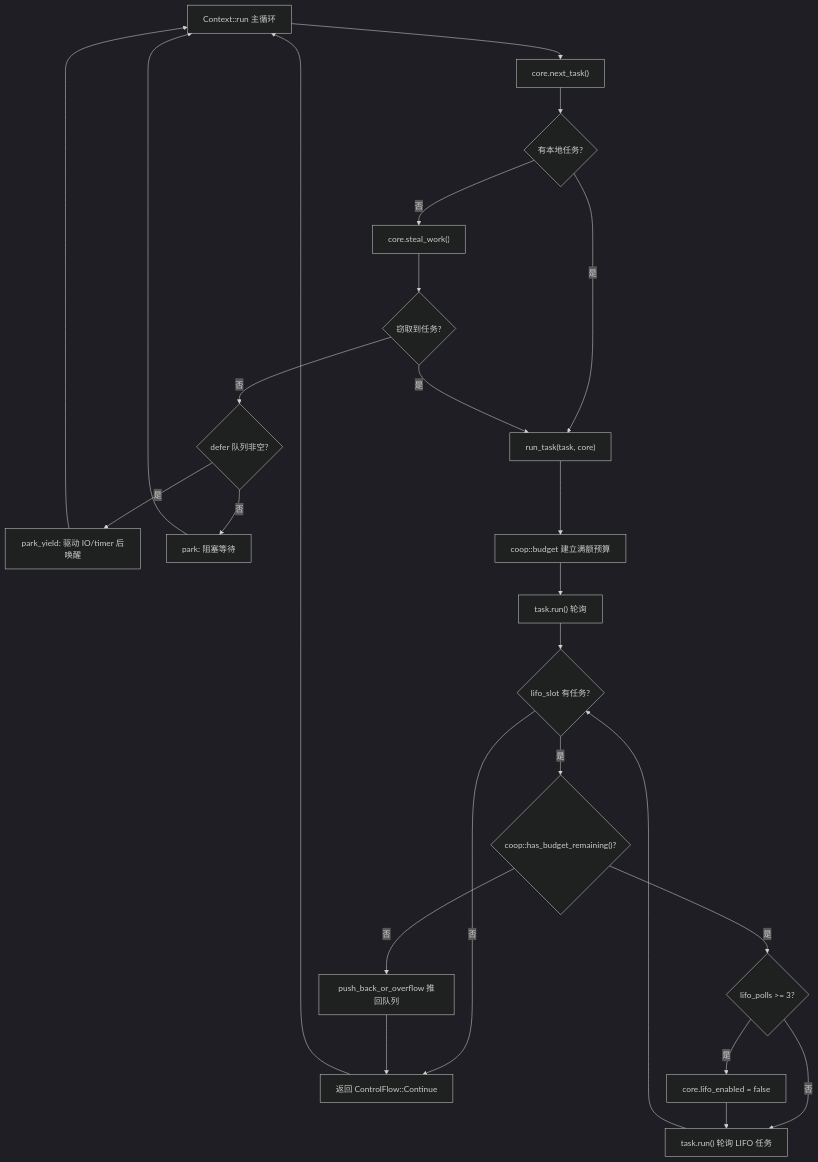
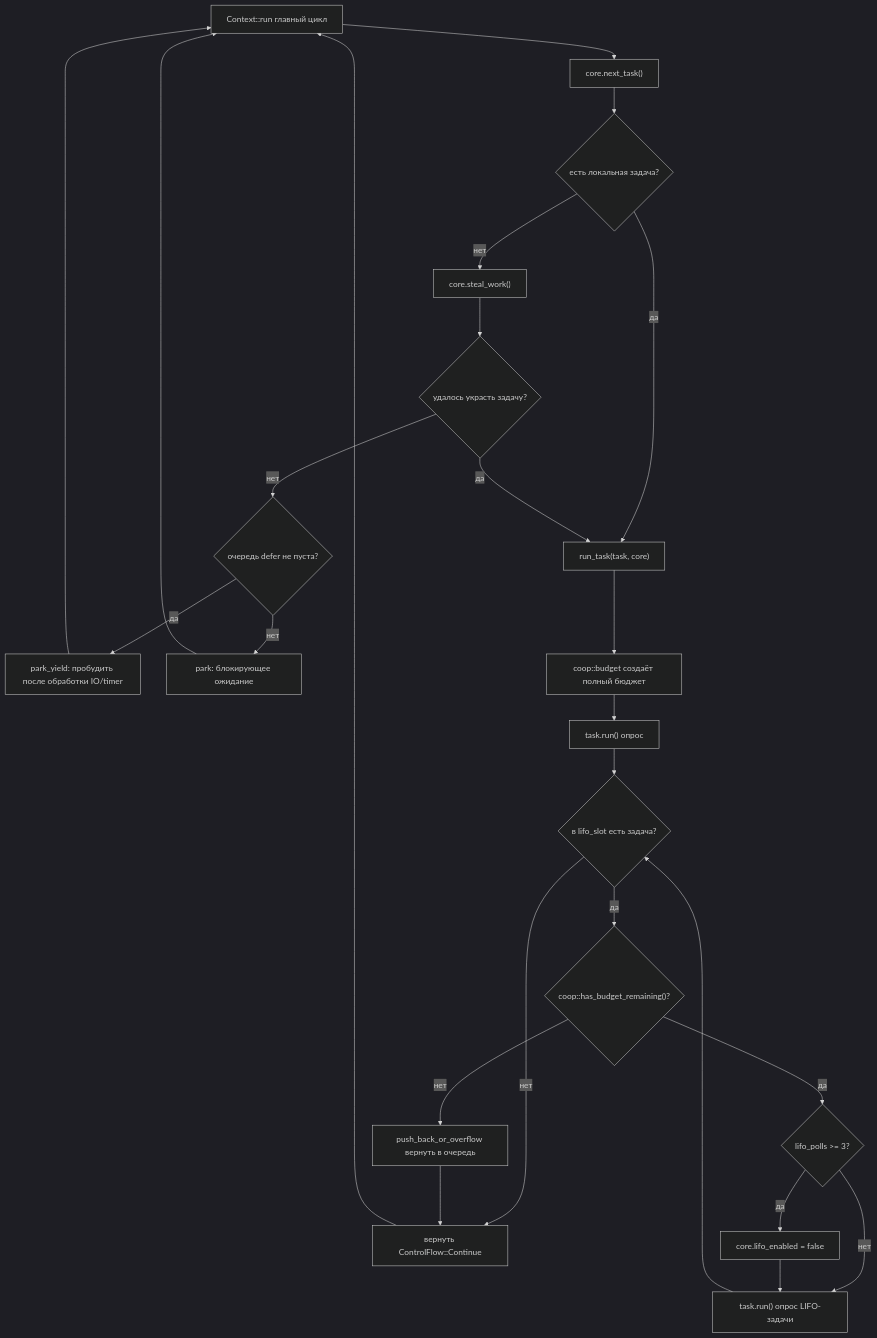
One commit to maleRjc/AiReadCodeBooks changed the diagram in books/tokio/ru/12-observability-console-tracing.md. Above: the diagram before and after it, drawn with Mermaid (dark theme). The commit also changed other lines of this file and 74 other files, not shown here.

````diff
--- a/books/tokio/ru/12-observability-console-tracing.md
+++ b/books/tokio/ru/12-observability-console-tracing.md
@@ -267,28 +267,28 @@
 ```mermaid
 flowchart TD
-    start["Context::run 主循环"] --> next["core.next_task()"]
-    next --> has_task{"有本地任务?"}
-    has_task -->|是| run_task["run_task(task, core)"]
-    has_task -->|否| steal["core.steal_work()"]
-    steal --> stolen{"窃取到任务?"}
-    stolen -->|是| run_task
-    stolen -->|否| defer_check{"defer 队列非空?"}
-    defer_check -->|是| park_yield["park_yield: 驱动 IO/timer 后唤醒"]
-    defer_check -->|否| park["park: 阻塞等待"]
+    start["Context::run главный цикл"] --> next["core.next_task()"]
+    next --> has_task{"есть локальная задача?"}
+    has_task -->|да| run_task["run_task(task, core)"]
+    has_task -->|нет| steal["core.steal_work()"]
+    steal --> stolen{"удалось украсть задачу?"}
+    stolen -->|да| run_task
+    stolen -->|нет| defer_check{"очередь defer не пуста?"}
+    defer_check -->|да| park_yield["park_yield: пробудить после обработки IO/timer"]
+    defer_check -->|нет| park["park: блокирующее ожидание"]
     park_yield --> start
     park --> start
 
-    run_task --> budget["coop::budget 建立满额预算"]
-    budget --> poll["task.run() 轮询"]
-    poll --> lifo_check{"lifo_slot 有任务?"}
-    lifo_check -->|否| done["返回 ControlFlow::Continue"]
-    lifo_check -->|是| budget_rem{"coop::has_budget_remaining()?"}
-    budget_rem -->|否| push_back["push_back_or_overflow 推回队列"]
+    run_task --> budget["coop::budget создаёт полный бюджет"]
+    budget --> poll["task.run() опрос"]
+    poll --> lifo_check{"в lifo_slot есть задача?"}
+    lifo_check -->|нет| done["вернуть ControlFlow::Continue"]
+    lifo_check -->|да| budget_rem{"coop::has_budget_remaining()?"}
+    budget_rem -->|нет| push_back["push_back_or_overflow вернуть в очередь"]
     push_back --> done
-    budget_rem -->|是| lifo_limit{"lifo_polls >= 3?"}
-    lifo_limit -->|是| disable["core.lifo_enabled = false"]
-    lifo_limit -->|否| poll_lifo["task.run() 轮询 LIFO 任务"]
+    budget_rem -->|да| lifo_limit{"lifo_polls >= 3?"}
+    lifo_limit -->|да| disable["core.lifo_enabled = false"]
+    lifo_limit -->|нет| poll_lifo["task.run() опрос LIFO-задачи"]
     disable --> poll_lifo
     poll_lifo --> lifo_check
     done --> start
 ```
````
